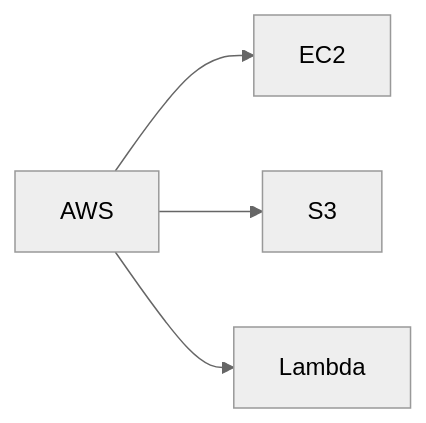
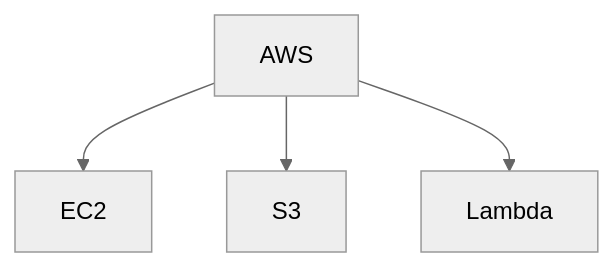
One commit to zyrass/omnydocs changed the second of 31 diagrams in docs/glossaire/cloud-computing.md. Above: the diagram before and after it, drawn with Mermaid (neutral theme). The commit also changed other lines of this file and 1780 other files, not shown here.

````diff
--- a/docs/glossaire/cloud-computing.md
+++ b/docs/glossaire/cloud-computing.md
@@ -45,6 +55,6 @@
-    ```mermaid
-    graph LR
-        A[AWS] --> B[EC2]
-        A --> C[S3]
-        A --> D[Lambda]
-    ```
+```mermaid
+graph TB
+    A[AWS] --> B[EC2]
+    A --> C[S3]
+    A --> D[Lambda]
+```
````
